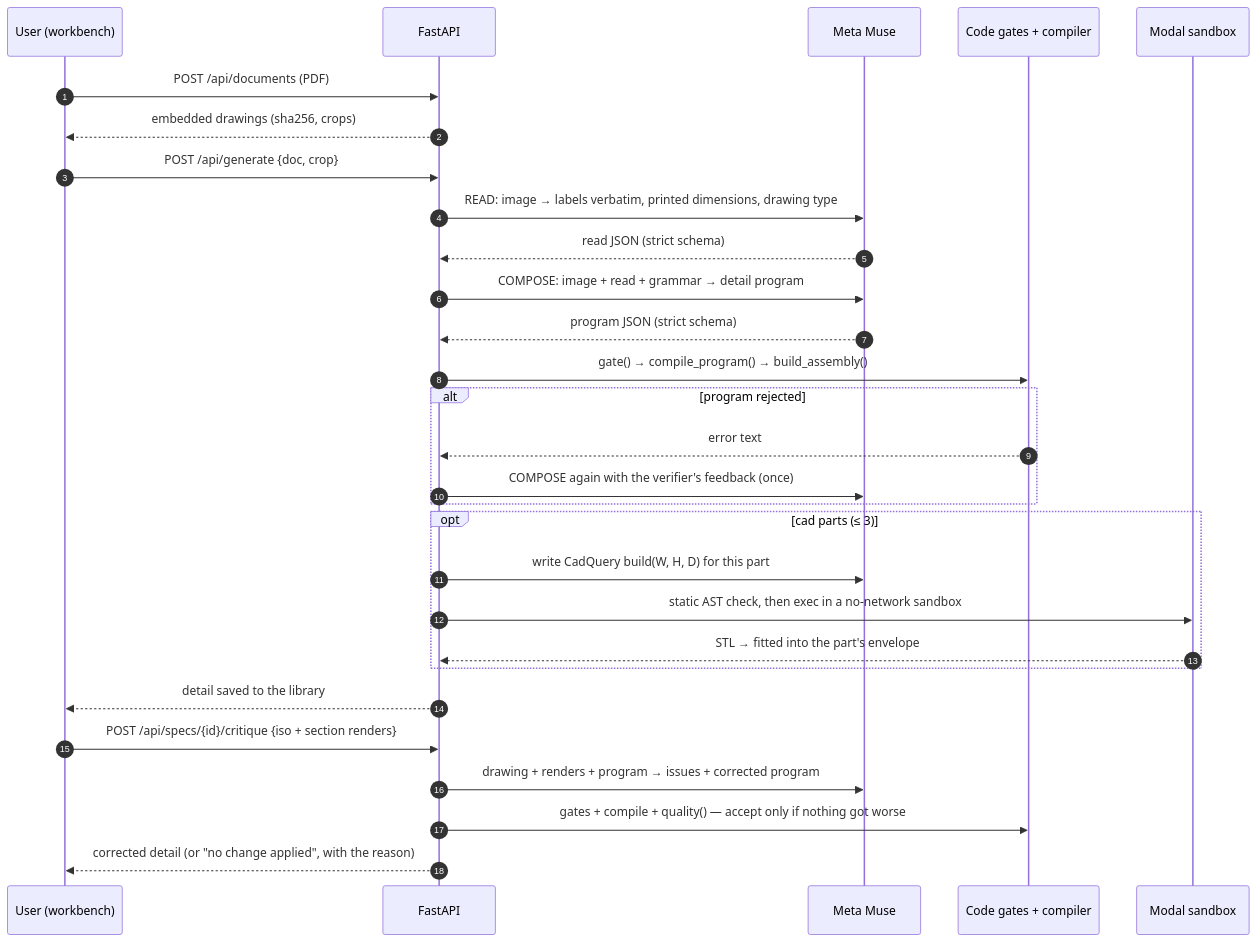
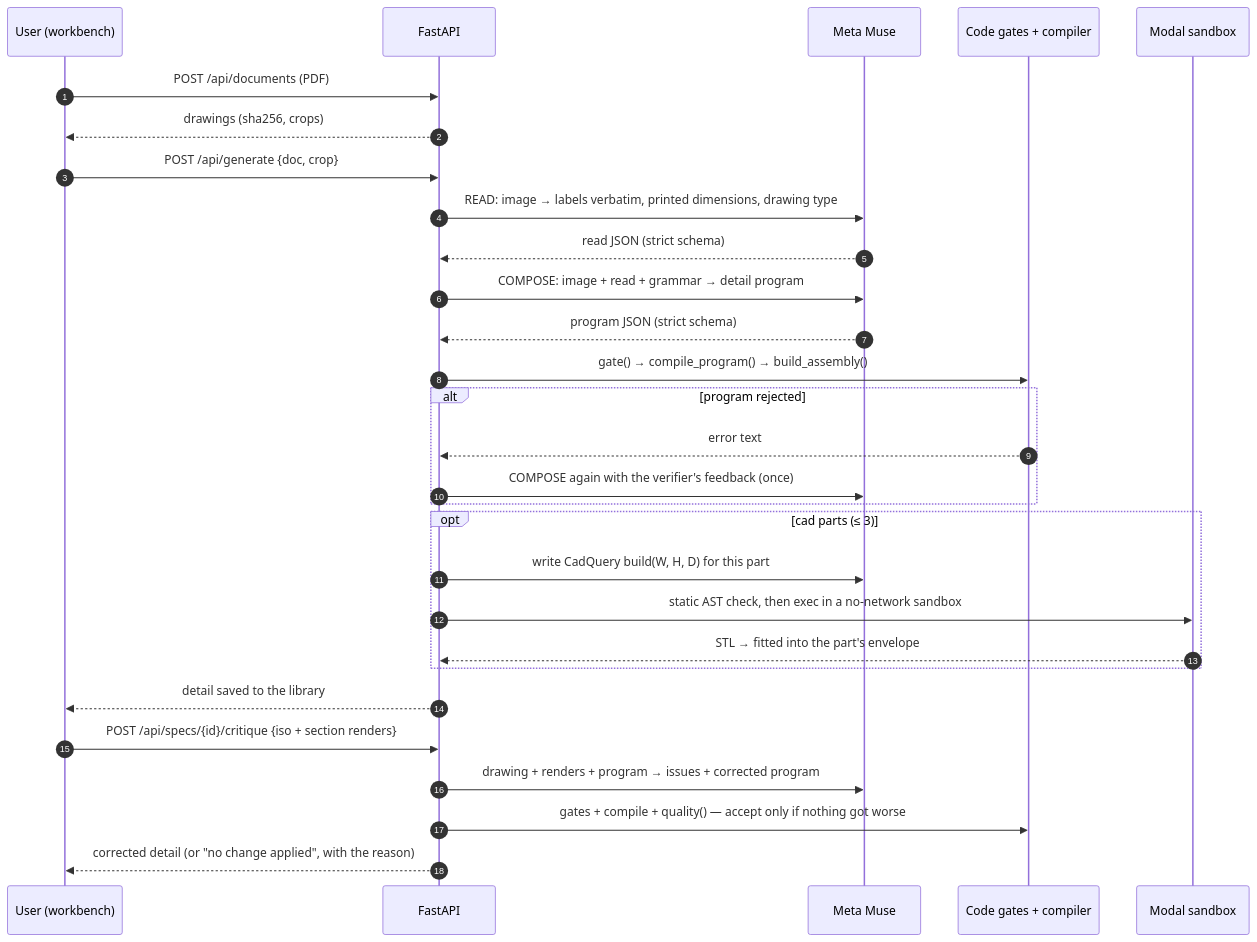
The second of 2 diagrams in README.md (pramodthe/setout), drawn with Mermaid before and after one commit. The commit also changed other lines of this file and 10 other files, not shown here.

````diff
--- a/README.md
+++ b/README.md
@@ -158,31 +158,31 @@
 ```mermaid
 sequenceDiagram
   autonumber
   participant U as User (workbench)
   participant S as FastAPI
   participant M as Meta Muse
   participant C as Code gates + compiler
   participant X as Modal sandbox
   U->>S: POST /api/documents (PDF)
-  S-->>U: embedded drawings (sha256, crops)
+  S-->>U: drawings (sha256, crops)
   U->>S: POST /api/generate {doc, crop}
   S->>M: READ: image → labels verbatim, printed dimensions, drawing type
   M-->>S: read JSON (strict schema)
   S->>M: COMPOSE: image + read + grammar → detail program
   M-->>S: program JSON (strict schema)
   S->>C: gate() → compile_program() → build_assembly()
   alt program rejected
     C-->>S: error text
     S->>M: COMPOSE again with the verifier's feedback (once)
   end
   opt cad parts (≤ 3)
     S->>M: write CadQuery build(W, H, D) for this part
     S->>X: static AST check, then exec in a no-network sandbox
     X-->>S: STL → fitted into the part's envelope
   end
   S-->>U: detail saved to the library
   U->>S: POST /api/specs/{id}/critique {iso + section renders}
   S->>M: drawing + renders + program → issues + corrected program
   S->>C: gates + compile + quality() — accept only if nothing got worse
   S-->>U: corrected detail (or "no change applied", with the reason)
 ```
````
